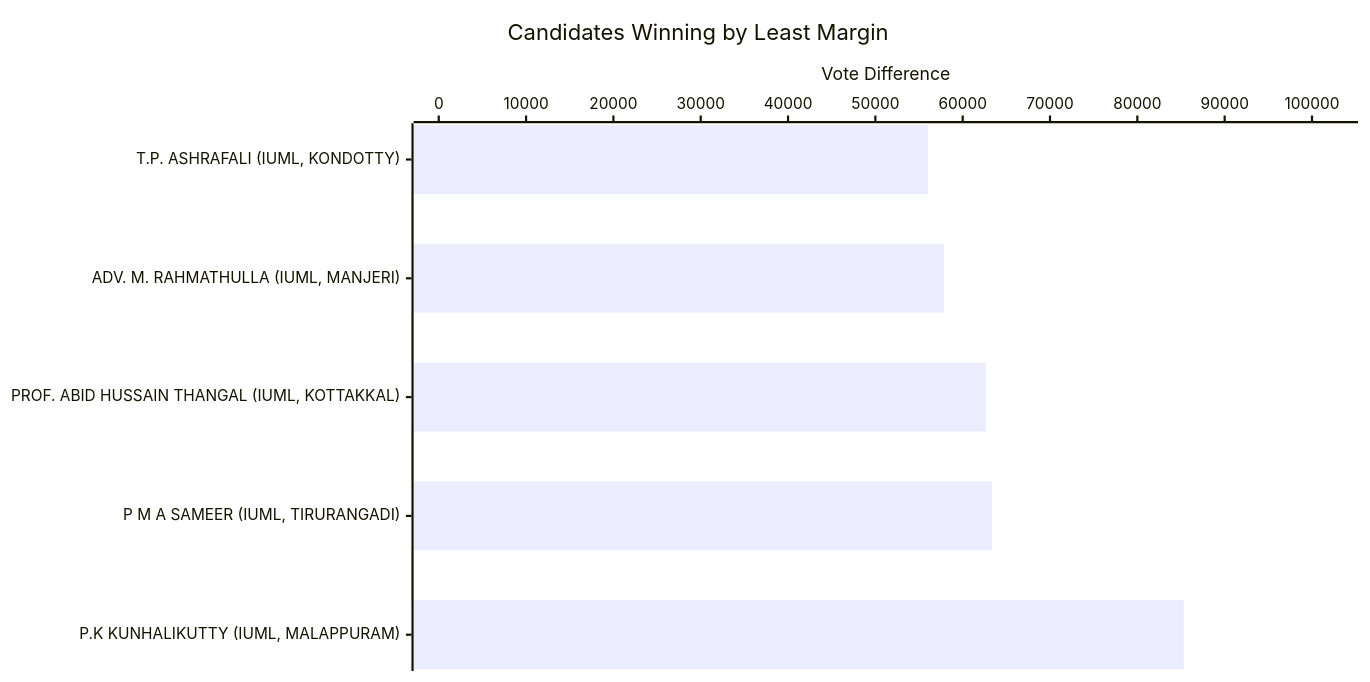
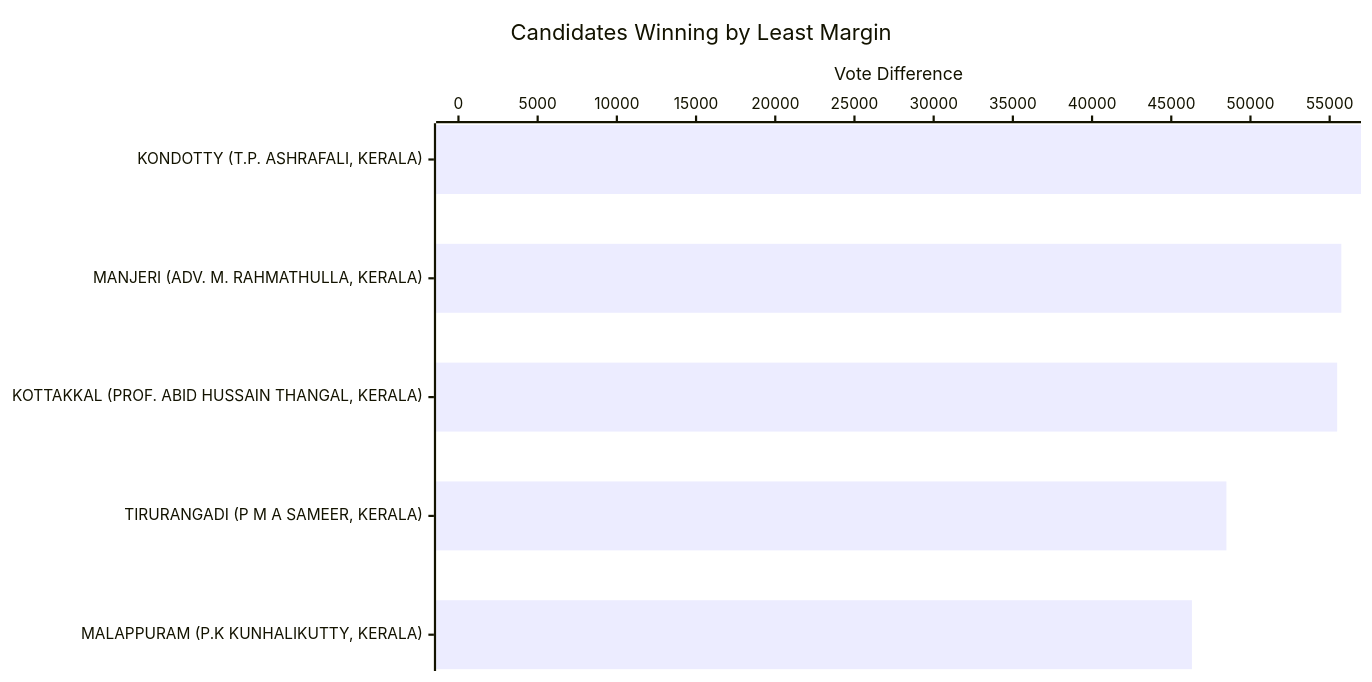
The sixth of 23 diagrams in result/KERALA/Kerala-GRAPH.md (arjunswaj/elections), drawn with Mermaid before and after one commit. The commit also changed other lines of this file and 64 other files, not shown here.

````diff
--- a/result/KERALA/Kerala-GRAPH.md
+++ b/result/KERALA/Kerala-GRAPH.md
@@ -158,17 +158,17 @@
 ```mermaid
 ---
 config:
   xyChart:
     width: 1200
     height: 600
     chartOrientation: horizontal
   dataLabels:
     enabled: true
     placement: end
 ---
 xychart-beta
 title "Candidates Winning by Least Margin"
-x-axis ["T.P. ASHRAFALI (IUML, KONDOTTY)", "ADV. M. RAHMATHULLA (IUML, MANJERI)", "PROF. ABID HUSSAIN THANGAL (IUML, KOTTAKKAL)", "P M A SAMEER (IUML, TIRURANGADI)", "P.K KUNHALIKUTTY (IUML, MALAPPURAM)"]
-y-axis "Vote Difference" 0 --> 102392
-bar [56017, 57887, 62638, 63387, 85327]
+x-axis ["KONDOTTY (T.P. ASHRAFALI, KERALA)", "MANJERI (ADV. M. RAHMATHULLA, KERALA)", "KOTTAKKAL (PROF. ABID HUSSAIN THANGAL, KERALA)", "TIRURANGADI (P M A SAMEER, KERALA)", "MALAPPURAM (P.K KUNHALIKUTTY, KERALA)"]
+y-axis "Vote Difference" 0 --> 55566
+bar [58980, 55735, 55473, 48482, 46305]
 ```
````
